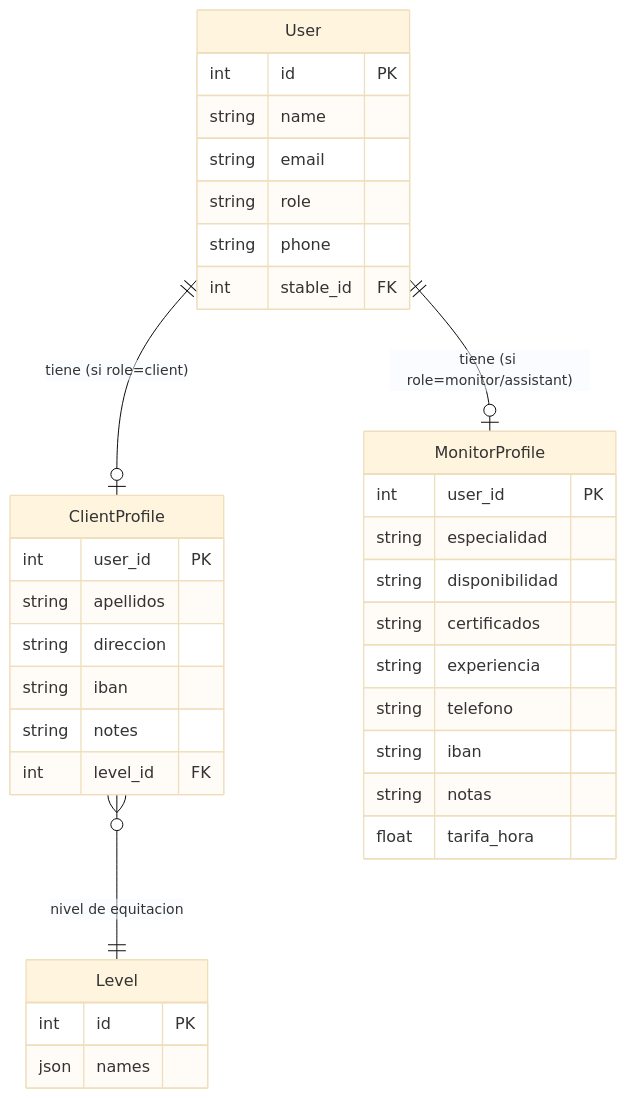
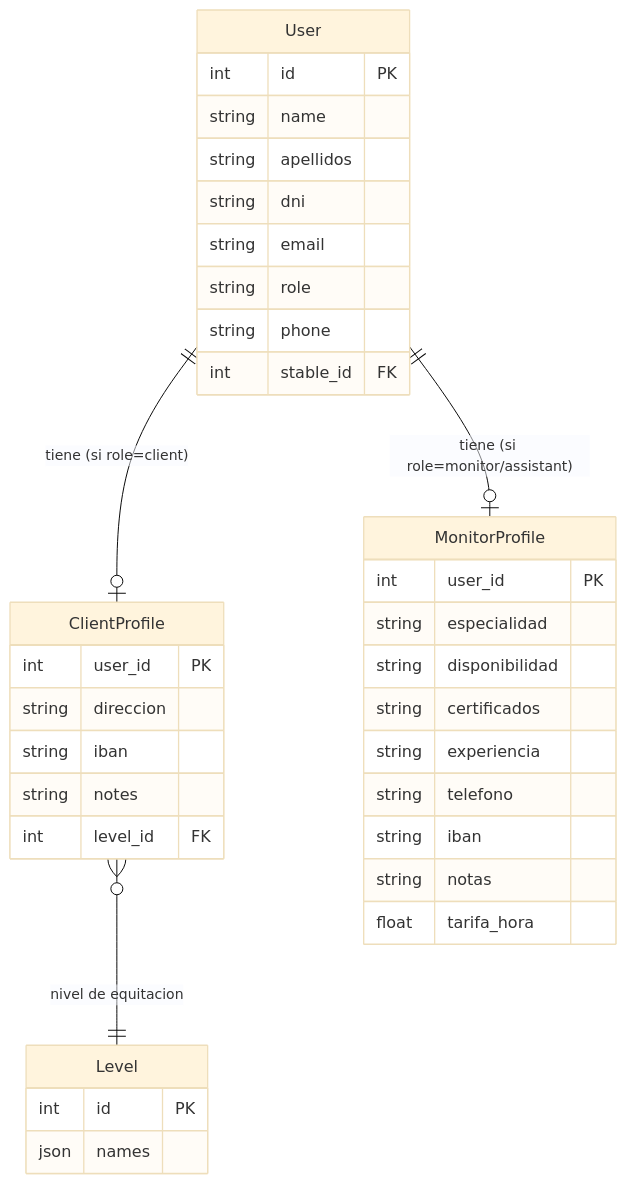
The diagram in docs/features/perfiles-extendidos.md (Adria82/hipica-backend), drawn with Mermaid (base theme) before and after one commit. The commit also changed other lines of this file and 20 other files, not shown here.

First line of the commit message:
feat(users): añadir apellidos y dni, perfil completo y nombre completo en vistas

````diff
--- a/docs/features/perfiles-extendidos.md
+++ b/docs/features/perfiles-extendidos.md
@@ -166,38 +113,39 @@
 ```mermaid
 erDiagram
     User {
         int id PK
         string name
+        string apellidos
+        string dni
         string email
         string role
         string phone
         int stable_id FK
     }
     ClientProfile {
         int user_id PK
-        string apellidos
         string direccion
         string iban
         string notes
         int level_id FK
     }
     MonitorProfile {
         int user_id PK
         string especialidad
         string disponibilidad
         string certificados
         string experiencia
         string telefono
         string iban
         string notas
         float tarifa_hora
     }
     Level {
         int id PK
         json names
     }
 
     User ||--o| ClientProfile : "tiene (si role=client)"
     User ||--o| MonitorProfile : "tiene (si role=monitor/assistant)"
     ClientProfile }o--|| Level : "nivel de equitacion"
 ```
````
